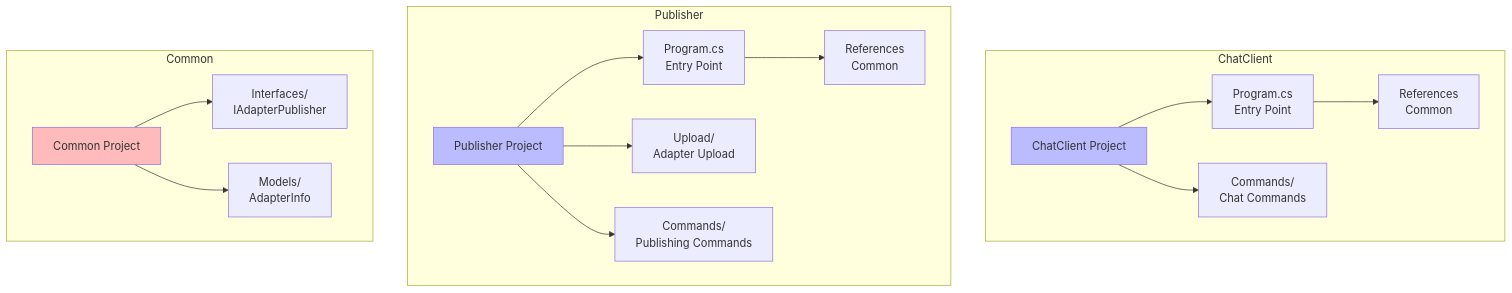
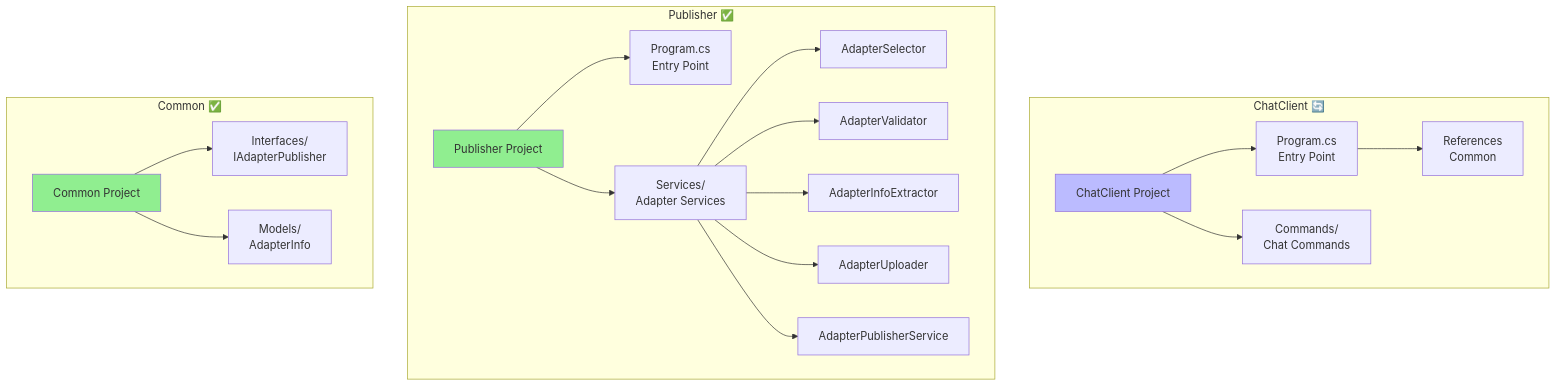
The fifth of 6 diagrams in STORY.md (gsinghjay/LLMAdapterClient), drawn with Mermaid before and after one commit. The commit also changed other lines of this file, not shown here.

````diff
--- a/STORY.md
+++ b/STORY.md
@@ -163,27 +168,30 @@
 ```mermaid
 graph TD
-    subgraph "ChatClient"
+    subgraph "ChatClient 🔄"
         CC[ChatClient Project]
         CC --> CC1[Program.cs<br>Entry Point]
         CC --> CC2[Commands/<br>Chat Commands]
         CC1 --> CC3[References<br>Common]
     end
 
-    subgraph "Publisher"
+    subgraph "Publisher ✅"
         PB[Publisher Project]
         PB --> PB1[Program.cs<br>Entry Point]
-        PB --> PB2[Upload/<br>Adapter Upload]
-        PB --> PB3[Commands/<br>Publishing Commands]
-        PB1 --> PB4[References<br>Common]
+        PB --> PB2[Services/<br>Adapter Services]
+        PB2 --> PB3[AdapterSelector]
+        PB2 --> PB4[AdapterValidator]
+        PB2 --> PB5[AdapterInfoExtractor]
+        PB2 --> PB6[AdapterUploader]
+        PB2 --> PB7[AdapterPublisherService]
     end
 
-    subgraph "Common"
+    subgraph "Common ✅"
         CM[Common Project]
         CM --> CM1[Interfaces/<br>IAdapterPublisher]
         CM --> CM2[Models/<br>AdapterInfo]
     end
 
     style CC fill:#bbf
-    style PB fill:#bbf
-    style CM fill:#fbb
+    style PB fill:#90EE90
+    style CM fill:#90EE90
 ```
````
